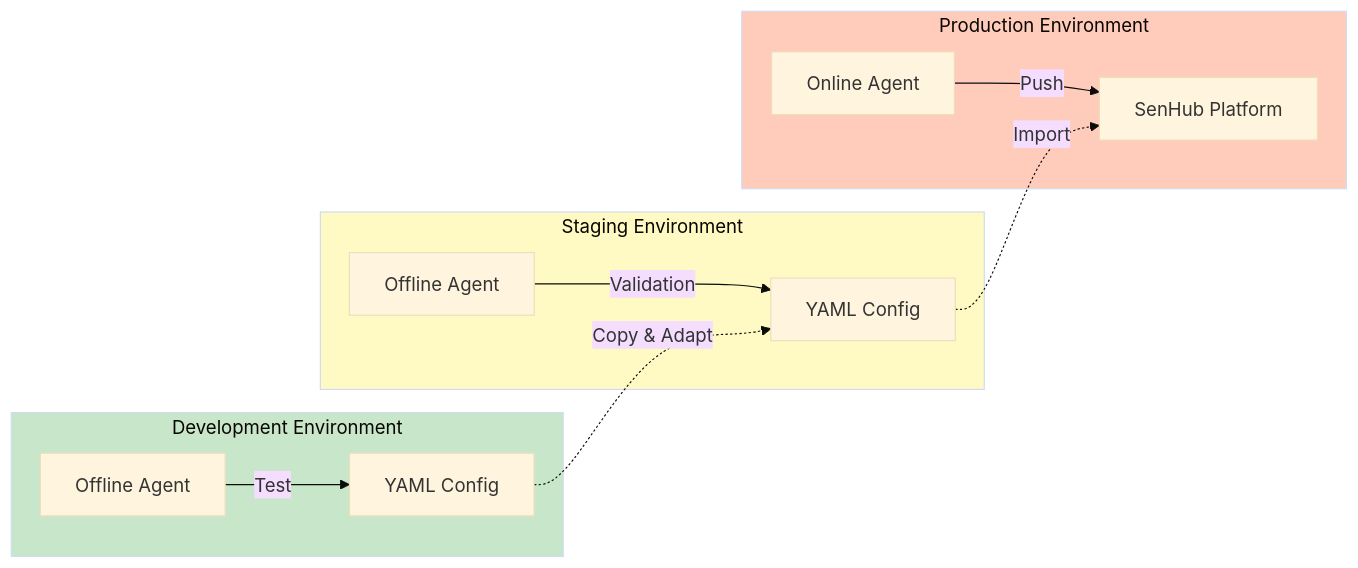
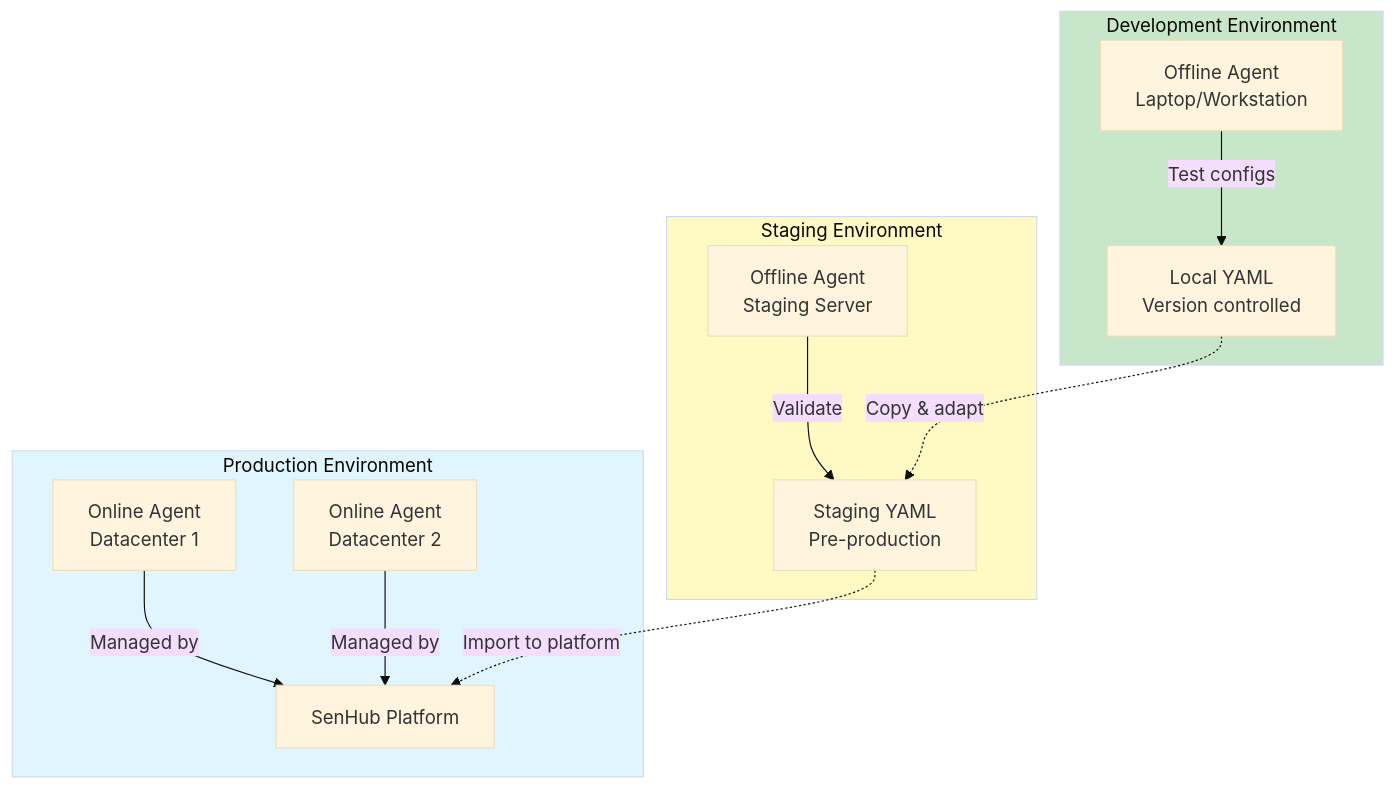
One commit to senhub-io/senhub-agent changed the ninth of 9 diagrams in docs/user-guide/OPERATING-MODES.md. Above: the diagram before and after it, drawn with Mermaid (base theme). The commit also changed other lines of this file and 7 other files, not shown here.

````diff
--- a/docs/user-guide/OPERATING-MODES.md
+++ b/docs/user-guide/OPERATING-MODES.md
@@ -568,21 +846,22 @@
 ```mermaid
-graph LR
-    subgraph Dev ["Development Environment"]
-        D1[Offline Agent] -->|Test| D2[YAML Config]
+graph TB
+    subgraph Development ["Development Environment"]
+        D1[Offline Agent<br/>Laptop/Workstation] -->|Test configs| D2[Local YAML<br/>Version controlled]
     end
 
     subgraph Staging ["Staging Environment"]
-        S1[Offline Agent] -->|Validation| S2[YAML Config]
+        S1[Offline Agent<br/>Staging Server] -->|Validate| S2[Staging YAML<br/>Pre-production]
     end
 
-    subgraph Prod ["Production Environment"]
-        P1[Online Agent] -->|Push| P2[SenHub Platform]
+    subgraph Production ["Production Environment"]
+        P1[Online Agent<br/>Datacenter 1] -->|Managed by| P3[SenHub Platform]
+        P2[Online Agent<br/>Datacenter 2] -->|Managed by| P3
     end
 
-    D2 -.->|Copy & Adapt| S2
-    S2 -.->|Import| P2
+    D2 -.->|Copy & adapt| S2
+    S2 -.->|Import to platform| P3
 
-    style Dev fill:#c8e6c9
+    style Development fill:#c8e6c9
     style Staging fill:#fff9c4
-    style Prod fill:#ffccbc
+    style Production fill:#e1f5ff
 ```
````
